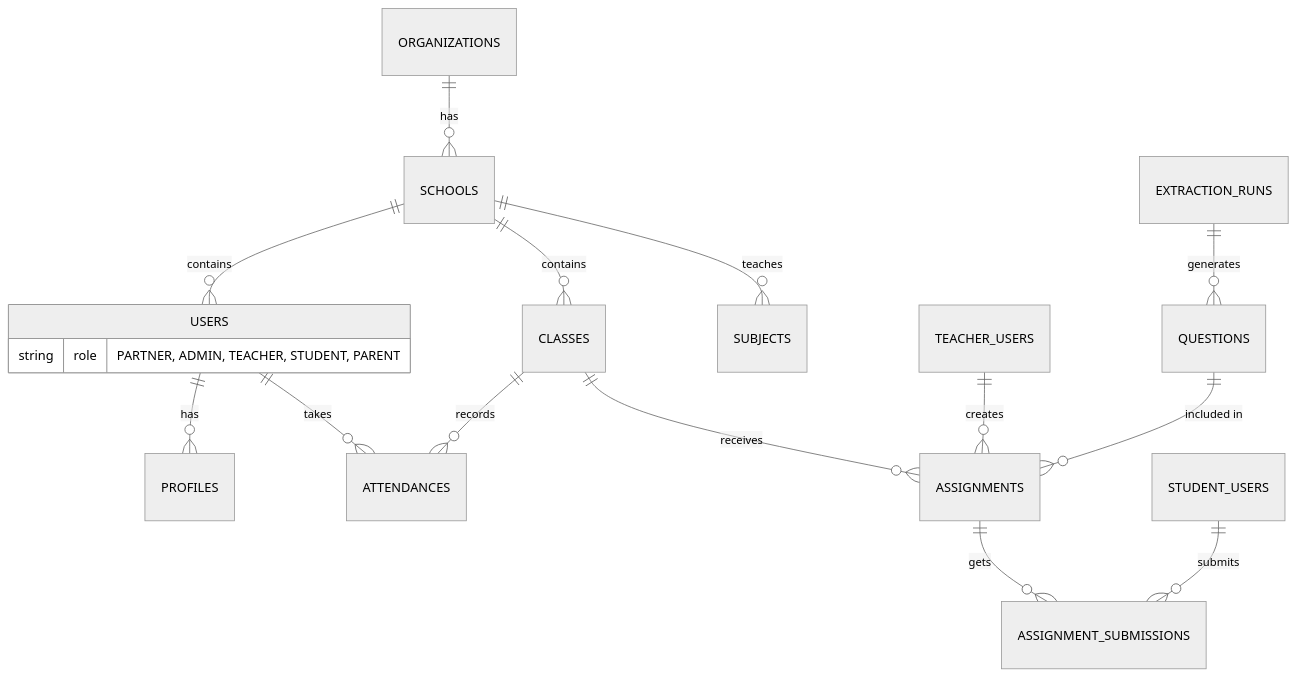
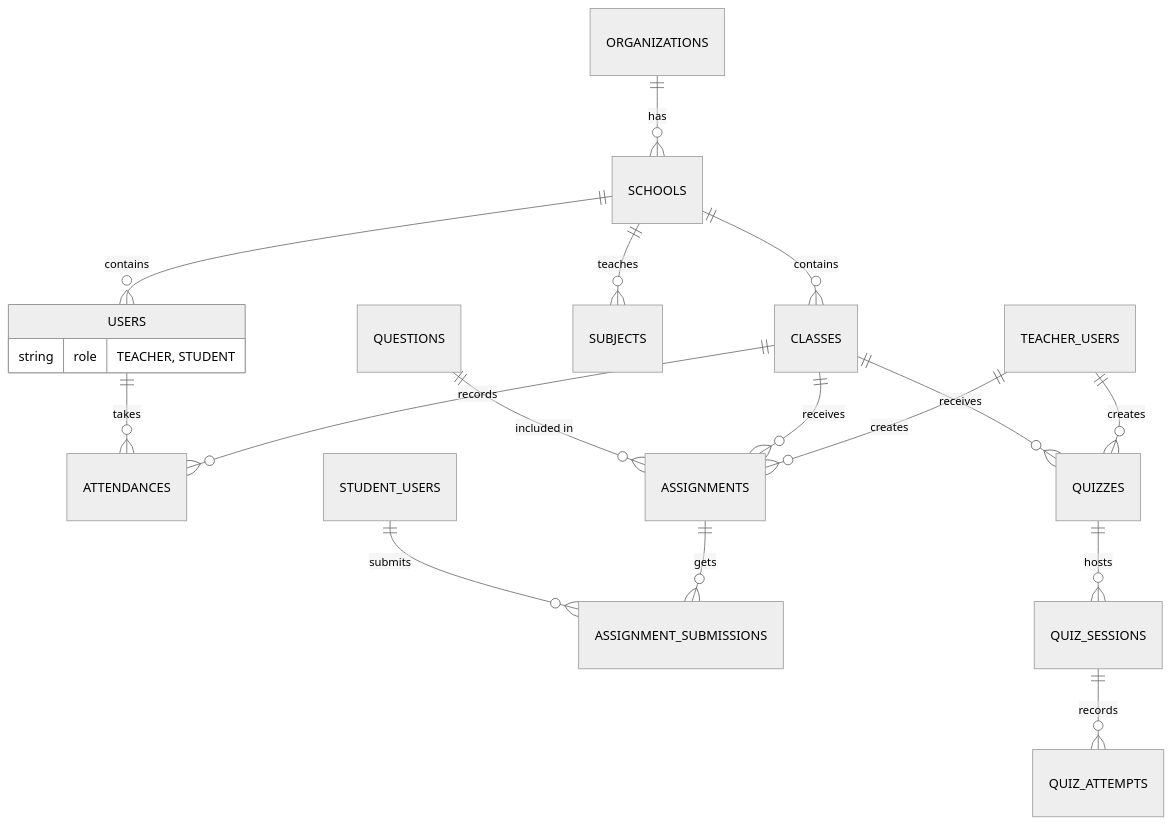
The diagram in doc/project/database_schema.md (vikrantshome/Shiksha-Sathi), drawn with Mermaid (neutral theme) before and after one commit. The commit also changed other lines of this file and 16 other files, not shown here.

First line of the commit message:
feat: complete missing student and quiz result features

````diff
--- a/doc/project/database_schema.md
+++ b/doc/project/database_schema.md
@@ -7,24 +12,27 @@
 ```mermaid
 erDiagram
     ORGANIZATIONS ||--o{ SCHOOLS : "has"
     SCHOOLS ||--o{ USERS : "contains"
     SCHOOLS ||--o{ CLASSES : "contains"
     SCHOOLS ||--o{ SUBJECTS : "teaches"
     
-    USERS ||--o{ PROFILES : "has"
     USERS {
-        string role "PARTNER, ADMIN, TEACHER, STUDENT, PARENT"
+        string role "TEACHER, STUDENT"
     }
-
+    
     CLASSES ||--o{ ATTENDANCES : "records"
     USERS ||--o{ ATTENDANCES : "takes"
     
     TEACHER_USERS ||--o{ ASSIGNMENTS : "creates"
     CLASSES ||--o{ ASSIGNMENTS : "receives"
     
     ASSIGNMENTS ||--o{ ASSIGNMENT_SUBMISSIONS : "gets"
     STUDENT_USERS ||--o{ ASSIGNMENT_SUBMISSIONS : "submits"
     
     QUESTIONS ||--o{ ASSIGNMENTS : "included in"
-    EXTRACTION_RUNS ||--o{ QUESTIONS : "generates"
+    
+    TEACHER_USERS ||--o{ QUIZZES : "creates"
+    CLASSES ||--o{ QUIZZES : "receives"
+    QUIZZES ||--o{ QUIZ_SESSIONS : "hosts"
+    QUIZ_SESSIONS ||--o{ QUIZ_ATTEMPTS : "records"
 ```
````
